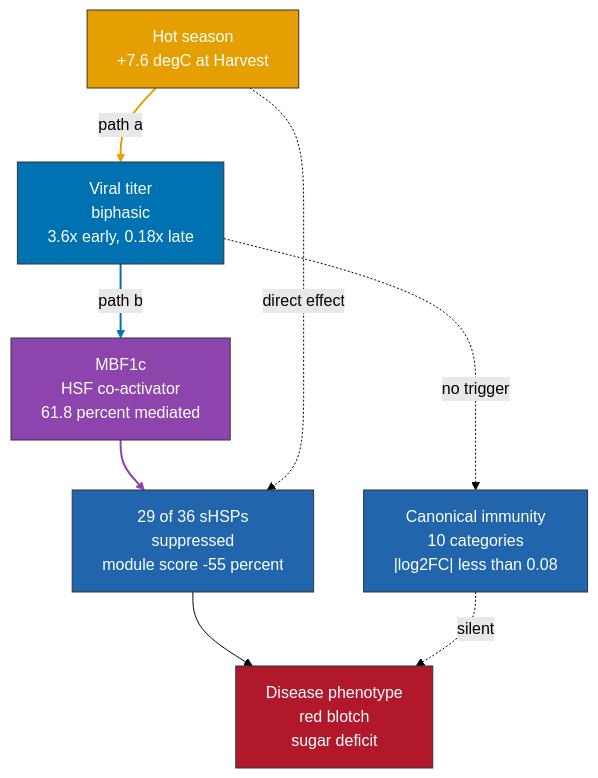
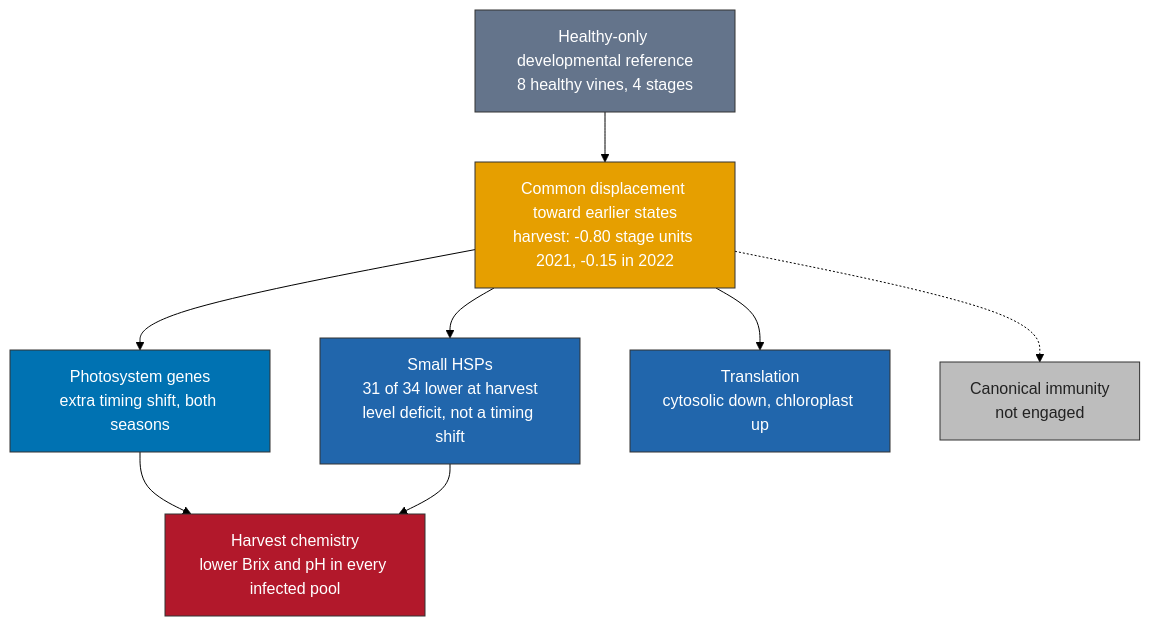
Before and after one commit to prem-p-singh/GRBV-Transcriptomics-Analysis: the diagram in README.md, drawn with Mermaid (forest theme). The commit also changed other lines of this file and 1 other file, not shown here.

````diff
--- a/README.md
+++ b/README.md
@@ -29,27 +27,25 @@
 ```mermaid
 flowchart TD
-    classDef env fill:#E69F00,stroke:#333,stroke-width:1px,color:#fff
-    classDef vir fill:#0072B2,stroke:#333,stroke-width:1px,color:#fff
-    classDef host fill:#8E44AD,stroke:#333,stroke-width:1px,color:#fff
-    classDef down fill:#2166AC,stroke:#333,stroke-width:1px,color:#fff
-    classDef phe fill:#B2182B,stroke:#333,stroke-width:1px,color:#fff
+    classDef ref  fill:#64748B,stroke:#333,stroke-width:1px,color:#fff
+    classDef lag  fill:#E69F00,stroke:#333,stroke-width:1px,color:#fff
+    classDef time fill:#0072B2,stroke:#333,stroke-width:1px,color:#fff
+    classDef lvl  fill:#2166AC,stroke:#333,stroke-width:1px,color:#fff
+    classDef phe  fill:#B2182B,stroke:#333,stroke-width:1px,color:#fff
+    classDef flat fill:#BDBDBD,stroke:#333,stroke-width:1px,color:#222
 
-    T["Hot season<br/>+7.6 degC at Harvest"]:::env
-    V["Viral titer<br/>biphasic<br/>3.6x early, 0.18x late"]:::vir
-    M["MBF1c<br/>HSF co-activator<br/>61.8 percent mediated"]:::host
-    S["29 of 36 sHSPs<br/>suppressed<br/>module score -55 percent"]:::down
-    I["Canonical immunity<br/>10 categories<br/>|log2FC| less than 0.08"]:::down
-    P["Disease phenotype<br/>red blotch<br/>sugar deficit"]:::phe
+    R["Healthy-only developmental reference<br/>8 healthy vines, 4 stages"]:::ref
+    L["Common displacement toward earlier states<br/>harvest: -0.80 stage units 2021, -0.15 in 2022"]:::lag
+    P["Photosystem genes<br/>extra timing shift, both seasons"]:::time
+    H["Small HSPs<br/>31 of 34 lower at harvest<br/>level deficit, not a timing shift"]:::lvl
+    T["Translation<br/>cytosolic down, chloroplast up"]:::lvl
+    I["Canonical immunity<br/>not engaged"]:::flat
+    C["Harvest chemistry<br/>lower Brix and pH in every infected pool"]:::phe
 
-    T -->|path a| V
-    V -->|path b| M
-    M --> S
-    T -. direct effect .-> S
-    V -. no trigger .-> I
-    S --> P
-    I -.->|silent| P
-
-    linkStyle 0 stroke:#E69F00,stroke-width:2px
-    linkStyle 1 stroke:#0072B2,stroke-width:2px
-    linkStyle 2 stroke:#8E44AD,stroke-width:2px
+    R --> L
+    L --> P
+    L --> H
+    L --> T
+    L -.-> I
+    P --> C
+    H --> C
 ```
````
